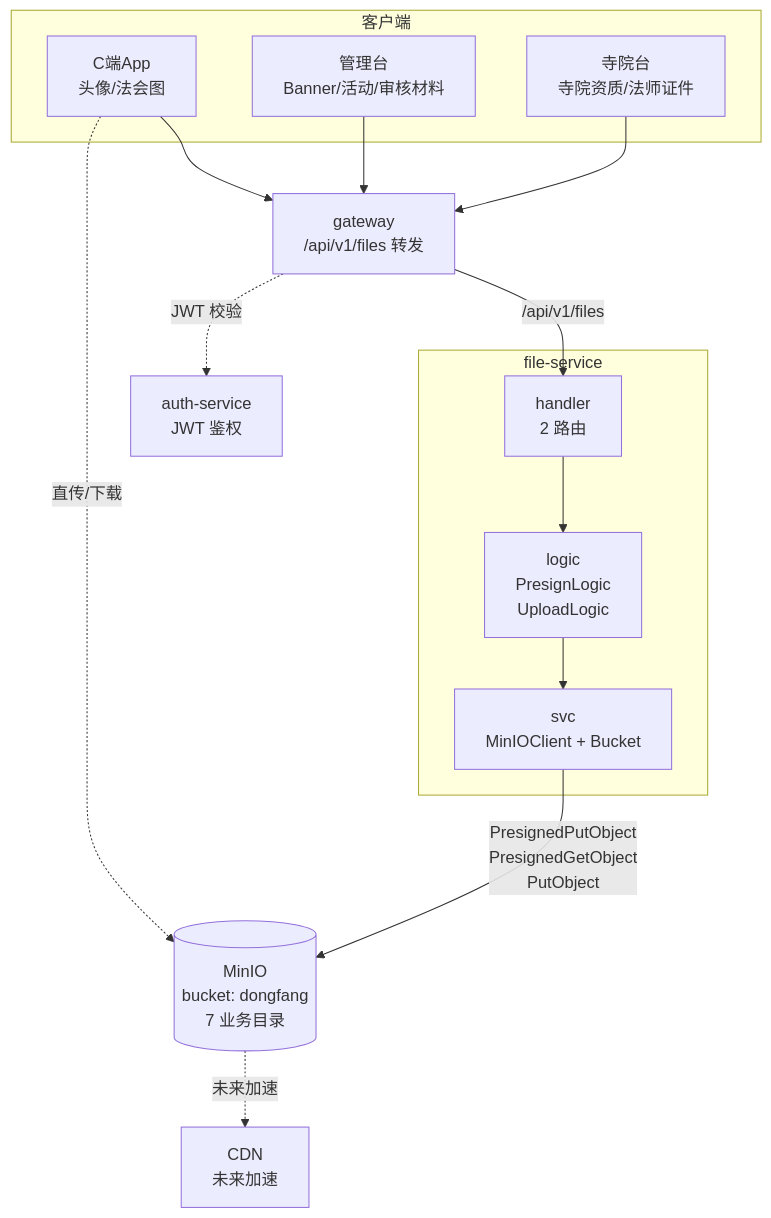
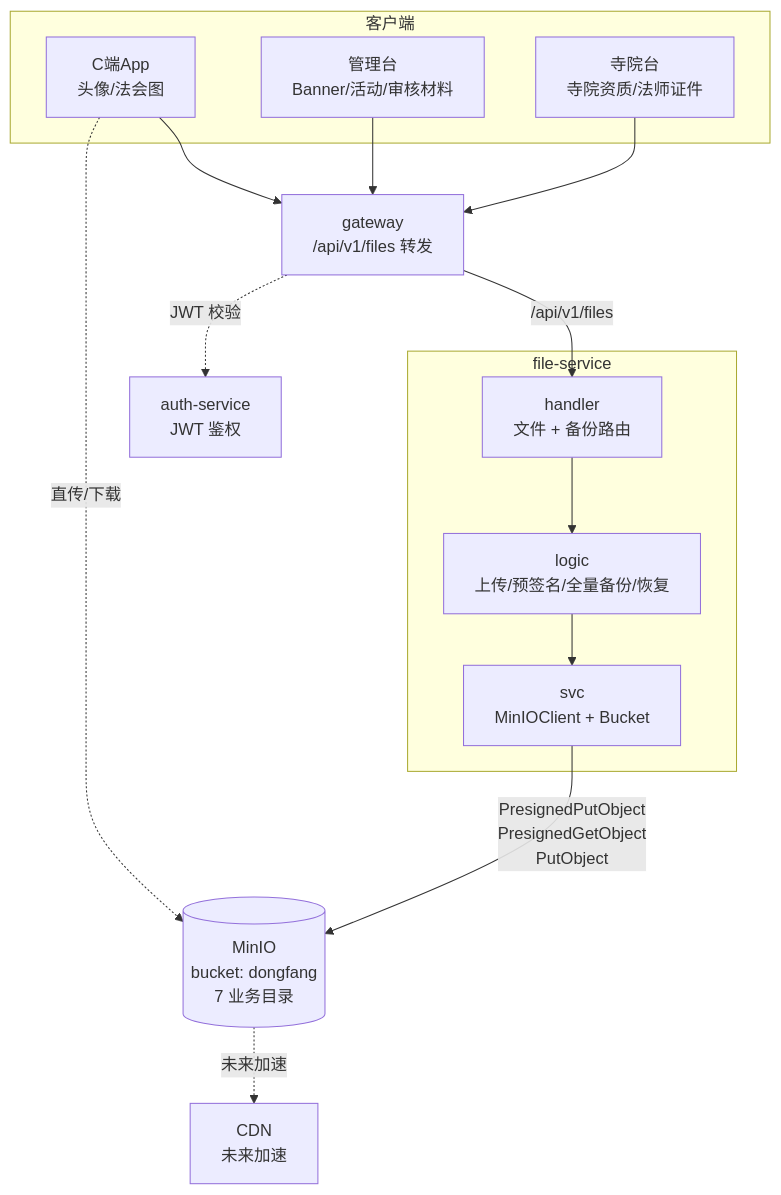
One commit to askxuan-dongfang/askxuan-docs changed the diagram in docs/architecture/services/文件服务.md. Above: the diagram before and after it, drawn with Mermaid. The commit also changed other lines of this file and 11 other files, not shown here.

````diff
--- a/docs/architecture/services/文件服务.md
+++ b/docs/architecture/services/文件服务.md
@@ -27,30 +28,30 @@
 ```mermaid
 graph TB
     subgraph 客户端
         C1[C端App<br/>头像/法会图]
         C2[管理台<br/>Banner/活动/审核材料]
         C3[寺院台<br/>寺院资质/法师证件]
     end
 
     subgraph file-service
-        HANDLER[handler<br/>2 路由]
-        LOGIC[logic<br/>PresignLogic<br/>UploadLogic]
+        HANDLER[handler<br/>文件 + 备份路由]
+        LOGIC[logic<br/>上传/预签名/全量备份/恢复]
         SVC[svc<br/>MinIOClient + Bucket]
     end
 
     GW[gateway<br/>/api/v1/files 转发]
     MINIO[(MinIO<br/>bucket: dongfang<br/>7 业务目录)]
     CDN[CDN<br/>未来加速]
     AUTH[auth-service<br/>JWT 鉴权]
 
     C1 --> GW
     C2 --> GW
     C3 --> GW
     GW -->|/api/v1/files| HANDLER
     HANDLER --> LOGIC
     LOGIC --> SVC
     SVC -->|PresignedPutObject<br/>PresignedGetObject<br/>PutObject| MINIO
     C1 -.直传/下载.-> MINIO
     MINIO -.未来加速.-> CDN
     GW -.JWT 校验.-> AUTH
 ```
````
